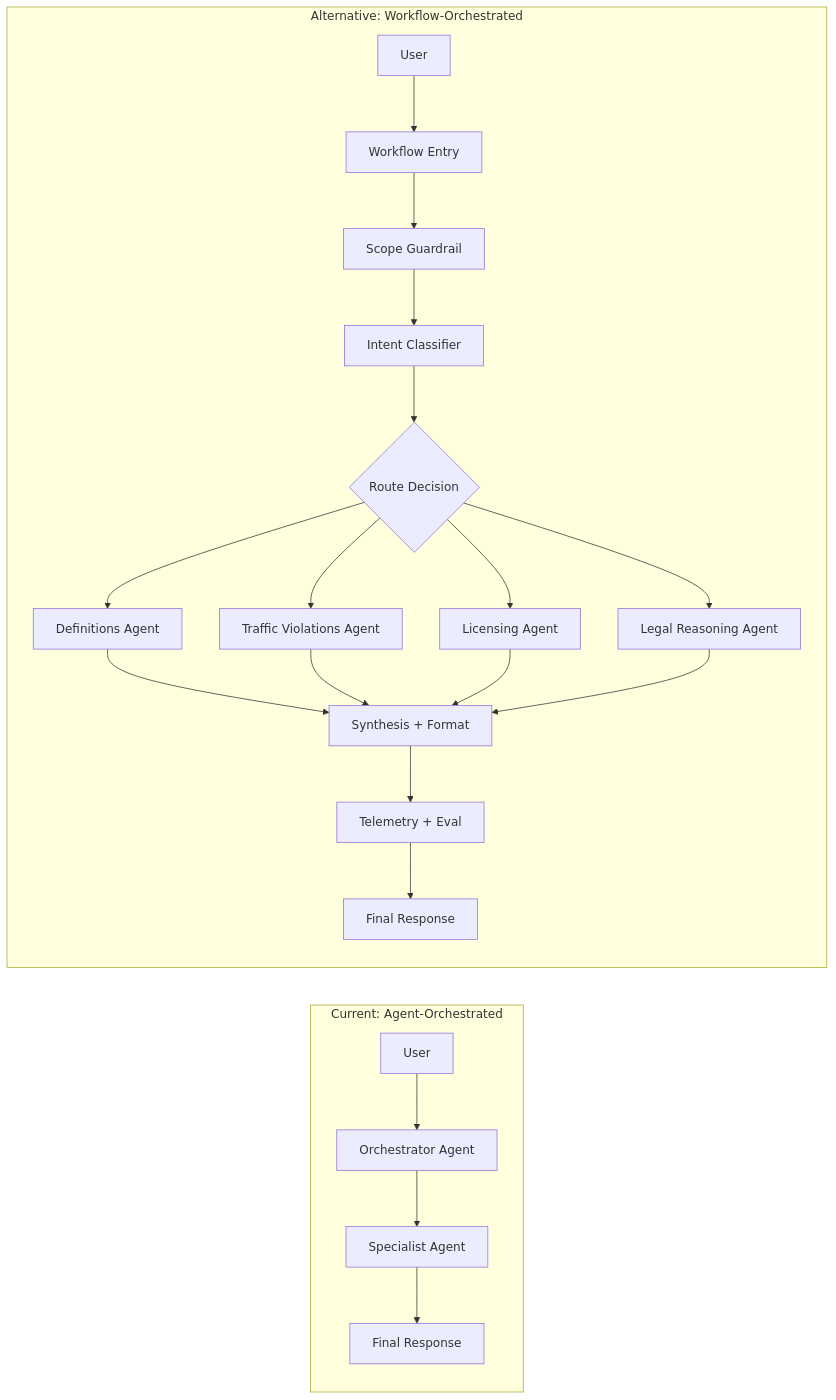
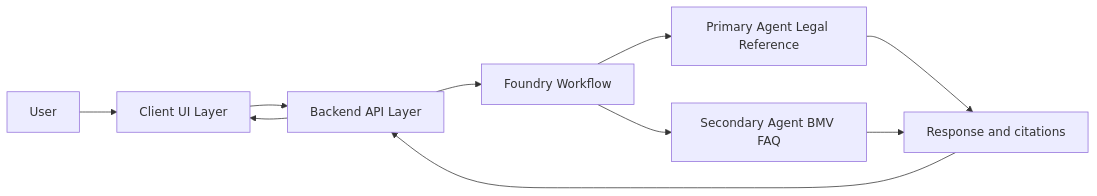
The first of 6 diagrams in docs/workflow-architecture-alternative.md (ricardo-msft-SE/policybot1), drawn with Mermaid before and after one commit. The commit also changed other lines of this file and 4 other files, not shown here.

Commit message:
docs: adopt backend-api workflow architecture and clarification routing

````diff
--- a/docs/workflow-architecture-alternative.md
+++ b/docs/workflow-architecture-alternative.md
@@ -35,25 +45,12 @@
 ```mermaid
 flowchart LR
-    subgraph Current[Current: Agent-Orchestrated]
-      U1[User] --> O1[Orchestrator Agent]
-      O1 --> S1[Specialist Agent]
-      S1 --> R1[Final Response]
-    end
-
-    subgraph Workflow[Alternative: Workflow-Orchestrated]
-      U2[User] --> W0[Workflow Entry]
-      W0 --> G[Scope Guardrail]
-      G --> C[Intent Classifier]
-      C --> D{Route Decision}
-      D --> SD[Definitions Agent]
-      D --> ST[Traffic Violations Agent]
-      D --> SL[Licensing Agent]
-      D --> SR[Legal Reasoning Agent]
-      SD --> F[Synthesis + Format]
-      ST --> F
-      SL --> F
-      SR --> F
-      F --> T[Telemetry + Eval]
-      T --> R2[Final Response]
-    end
+    U[User] --> UI[Client UI Layer]
+    UI --> API[Backend API Layer]
+    API --> WF[Foundry Workflow]
+    WF --> LEGAL[Primary Agent Legal Reference]
+    WF --> FAQ[Secondary Agent BMV FAQ]
+    LEGAL --> OUT[Response and citations]
+    FAQ --> OUT
+    OUT --> API
+    API --> UI
 ```
````
